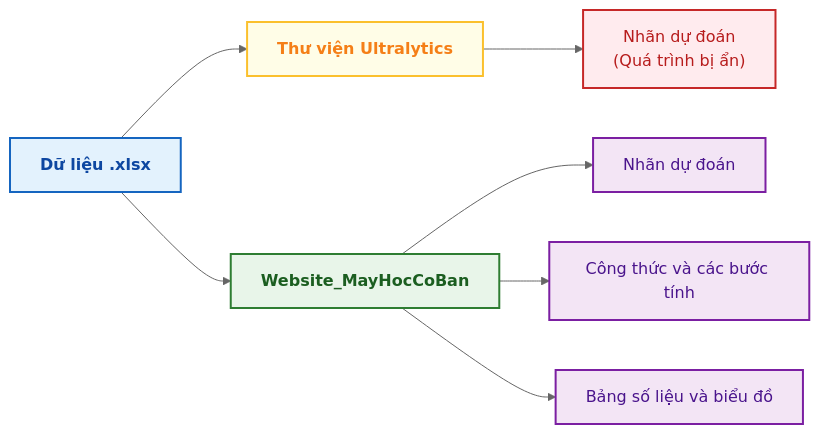
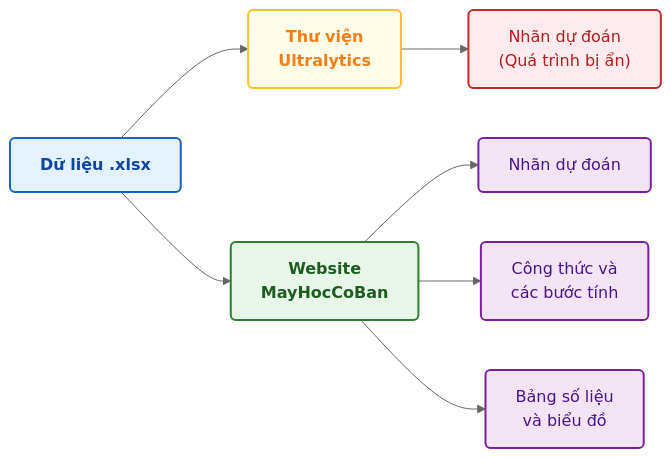
One commit to huynhthanhphong231004IT/Website_MayHocCoBan changed the first of 5 diagrams in README.md. Above: the diagram before and after it, drawn with Mermaid (neutral theme).

````diff
--- a/README.md
+++ b/README.md
@@ -27,31 +27,29 @@
 ```mermaid
 flowchart LR
-    %% Thiết lập hướng ngang và khoảng cách tối ưu để tiết kiệm diện tích dọc
-    %% Dùng cú pháp định dạng trực tiếp không qua classDef padding để tránh bóp méo chữ
-    
+    %% Khai báo các nút - dùng <br/> để chữ không bị cắt ngang
     D["Dữ liệu .xlsx"]:::data
     
-    A["Thư viện Ultralytics"]:::lib
+    A["Thư viện<br/>Ultralytics"]:::lib
     B["Nhãn dự đoán<br/>(Quá trình bị ẩn)"]:::output1
     
-    C["Website_MayHocCoBan"]:::web
+    C["Website<br/>MayHocCoBan"]:::web
     E["Nhãn dự đoán"]:::output2
-    F["Công thức và các bước tính"]:::output2
-    G["Bảng số liệu và biểu đồ"]:::output2
+    F["Công thức và<br/>các bước tính"]:::output2
+    G["Bảng số liệu<br/>và biểu đồ"]:::output2
 
-    %% Luồng kết nối
+    %% Mối liên kết
     D --> A
     A --> B
     
     D --> C
     C --> E
     C --> F
     C --> G
 
-    %% Định nghĩa màu sắc và ép chiều rộng tối thiểu cho các node dài
-    classDef data fill:#E3F2FD,stroke:#1565C0,stroke-width:2px,color:#0D47A1,font-weight:bold;
-    classDef lib fill:#FFFDE7,stroke:#FBC02D,stroke-width:2px,color:#F57F17,font-weight:bold;
-    classDef web fill:#E8F5E9,stroke:#2E7D32,stroke-width:2px,color:#1B5E20,font-weight:bold;
-    classDef output1 fill:#FFEBEE,stroke:#C62828,stroke-width:2px,color:#B71C1C;
-    classDef output2 fill:#F3E5F5,stroke:#7B1FA2,stroke-width:2px,color:#4A148C;
+    %% Định dạng style và khoảng đệm (padding) để chữ luôn hiển thị trọn vẹn
+    classDef data fill:#E3F2FD,stroke:#1565C0,stroke-width:2px,color:#0D47A1,font-weight:bold,rx:5px,ry:5px;
+    classDef lib fill:#FFFDE7,stroke:#FBC02D,stroke-width:2px,color:#F57F17,font-weight:bold,rx:5px,ry:5px;
+    classDef web fill:#E8F5E9,stroke:#2E7D32,stroke-width:2px,color:#1B5E20,font-weight:bold,rx:5px,ry:5px;
+    classDef output1 fill:#FFEBEE,stroke:#C62828,stroke-width:2px,color:#B71C1C,rx:5px,ry:5px;
+    classDef output2 fill:#F3E5F5,stroke:#7B1FA2,stroke-width:2px,color:#4A148C,rx:5px,ry:5px;
 ```
````
